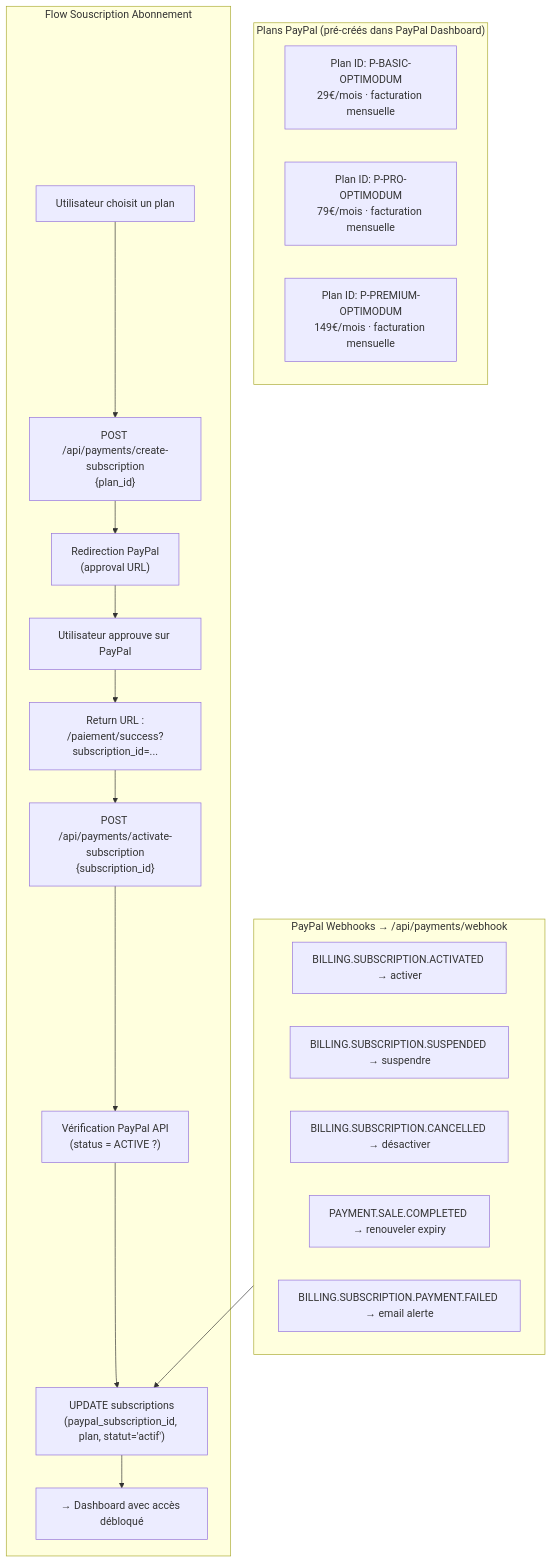
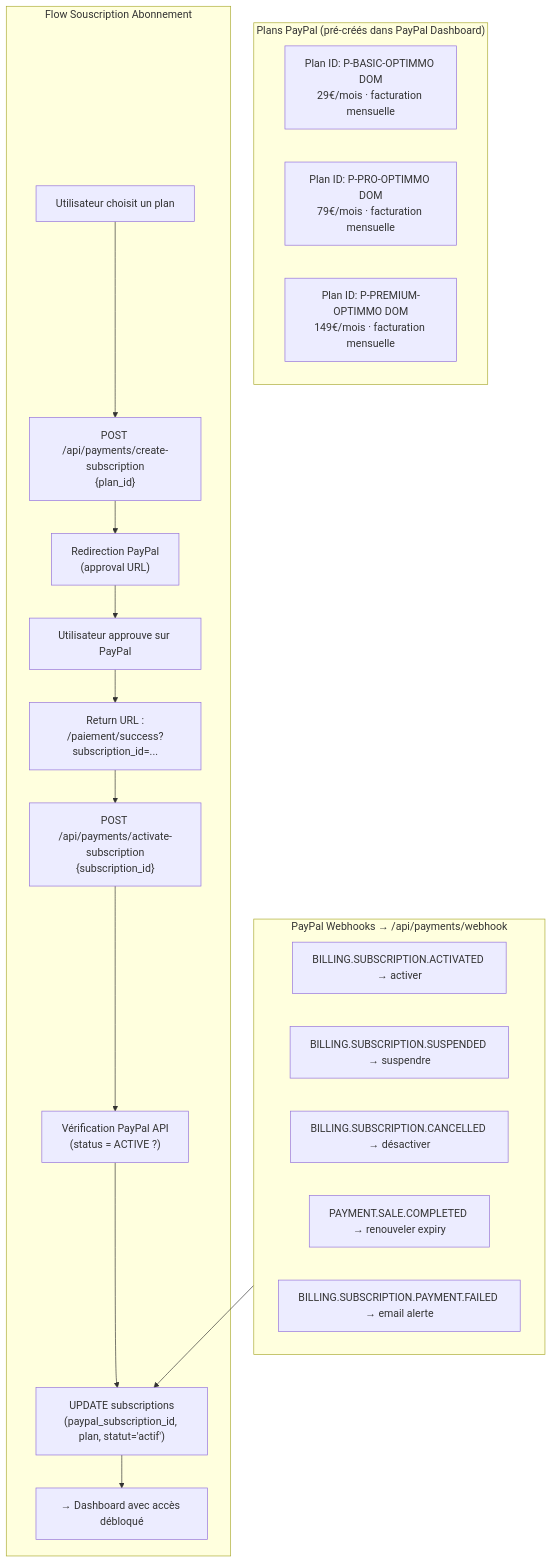
The fourth of 5 diagrams in optimodum-website/specs/04_authentification_paiement.md (senegal972/fidi-etude-marche), drawn with Mermaid before and after one commit. The commit also changed other lines of this file and 7 other files, not shown here.

First line of the commit message:
fix(optimmo-dom): correction nom société Optimmo Dom + CSS partagé Phase 2

````diff
--- a/optimodum-website/specs/04_authentification_paiement.md
+++ b/optimodum-website/specs/04_authentification_paiement.md
@@ -119,31 +119,31 @@
 ```mermaid
 flowchart TD
     subgraph PAYPAL_PLANS["Plans PayPal (pré-créés dans PayPal Dashboard)"]
-        PP_BASIC["Plan ID: P-BASIC-OPTIMODUM\n29€/mois · facturation mensuelle"]
-        PP_PRO["Plan ID: P-PRO-OPTIMODUM\n79€/mois · facturation mensuelle"]
-        PP_PREM["Plan ID: P-PREMIUM-OPTIMODUM\n149€/mois · facturation mensuelle"]
+        PP_BASIC["Plan ID: P-BASIC-OPTIMMO DOM\n29€/mois · facturation mensuelle"]
+        PP_PRO["Plan ID: P-PRO-OPTIMMO DOM\n79€/mois · facturation mensuelle"]
+        PP_PREM["Plan ID: P-PREMIUM-OPTIMMO DOM\n149€/mois · facturation mensuelle"]
     end
 
     subgraph FLOW_SUB["Flow Souscription Abonnement"]
         USER_CHOOSE["Utilisateur choisit un plan"]
         INIT["POST /api/payments/create-subscription\n{plan_id}"]
         PAYPAL_REDIRECT["Redirection PayPal\n(approval URL)"]
         PP_APPROVE["Utilisateur approuve sur PayPal"]
         RETURN_URL["Return URL :\n/paiement/success?subscription_id=..."]
         CAPTURE["POST /api/payments/activate-subscription\n{subscription_id}"]
         VERIFY["Vérification PayPal API\n(status = ACTIVE ?)"]
         UPDATE_DB["UPDATE subscriptions\n(paypal_subscription_id, plan, statut='actif')"]
         DASH_REDIRECT["→ Dashboard avec accès débloqué"]
     end
 
     subgraph WEBHOOKS["PayPal Webhooks → /api/payments/webhook"]
         WH1["BILLING.SUBSCRIPTION.ACTIVATED → activer"]
         WH2["BILLING.SUBSCRIPTION.SUSPENDED → suspendre"]
         WH3["BILLING.SUBSCRIPTION.CANCELLED → désactiver"]
         WH4["PAYMENT.SALE.COMPLETED → renouveler expiry"]
         WH5["BILLING.SUBSCRIPTION.PAYMENT.FAILED → email alerte"]
     end
 
     USER_CHOOSE --> INIT --> PAYPAL_REDIRECT --> PP_APPROVE --> RETURN_URL --> CAPTURE --> VERIFY --> UPDATE_DB --> DASH_REDIRECT
     WEBHOOKS --> UPDATE_DB
 ```
````
